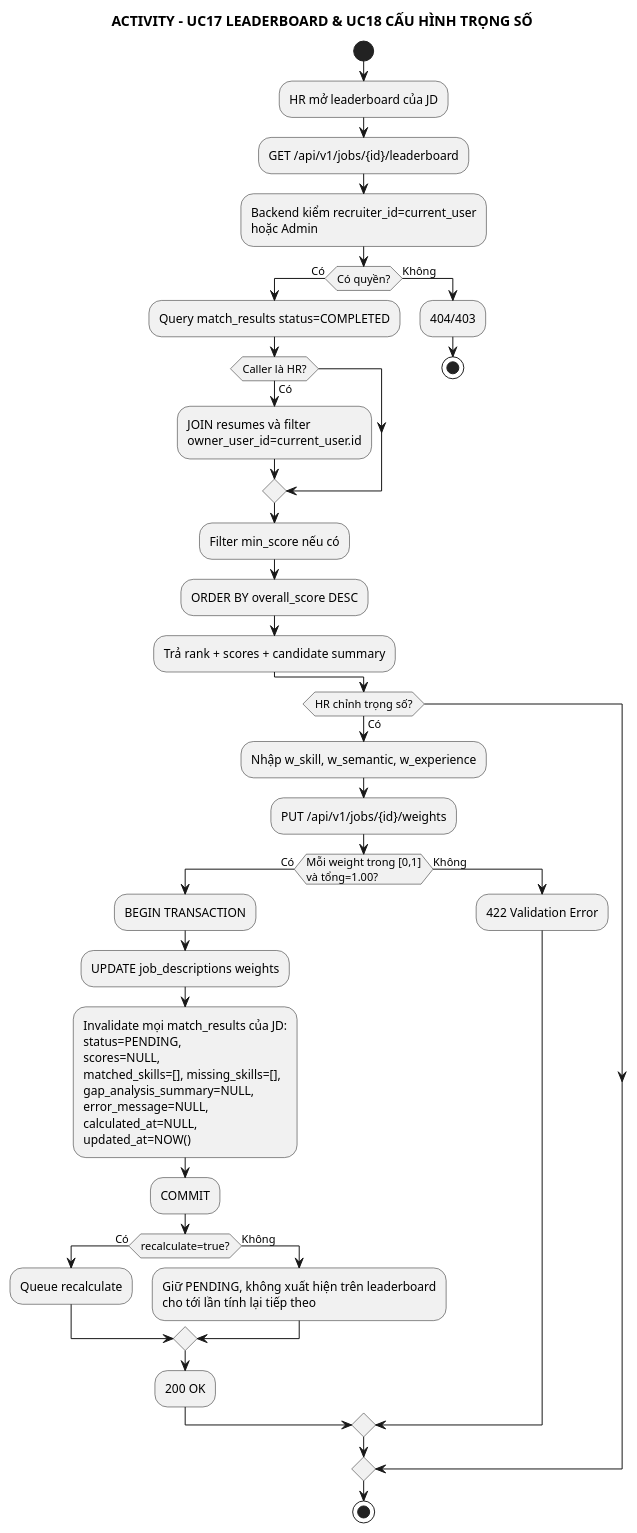
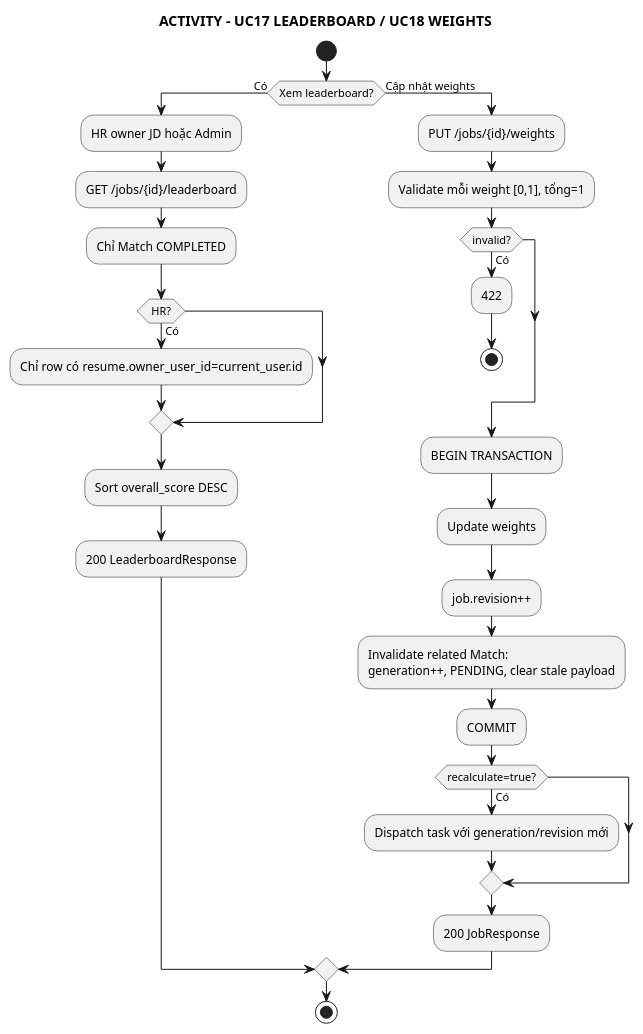
The diagram in docs/03_activity/act_uc17_18_leaderboard_weights.puml (anh632k-ui/WebCVUngVienTuyenDung), drawn with PlantUML before and after one commit.

Commit message:
docs(activity): version weight changes and leaderboard scope

```diff
--- a/docs/03_activity/act_uc17_18_leaderboard_weights.puml
+++ b/docs/03_activity/act_uc17_18_leaderboard_weights.puml
@@ -1,54 +1,35 @@
 @startuml
 skinparam monochrome true
 skinparam shadowing false
-
-title ACTIVITY - UC17 LEADERBOARD & UC18 CẤU HÌNH TRỌNG SỐ
+title ACTIVITY - UC17 LEADERBOARD / UC18 WEIGHTS
 
 start
-:HR mở leaderboard của JD;
-:GET /api/v1/jobs/{id}/leaderboard;
-:Backend kiểm recruiter_id=current_user
-hoặc Admin;
-if (Có quyền?) then (Có)
-  :Query match_results status=COMPLETED;
-  if (Caller là HR?) then (Có)
-    :JOIN resumes và filter
-    owner_user_id=current_user.id;
+if (Xem leaderboard?) then (Có)
+  :HR owner JD hoặc Admin;
+  :GET /jobs/{id}/leaderboard;
+  :Chỉ Match COMPLETED;
+  if (HR?) then (Có)
+    :Chỉ row có resume.owner_user_id=current_user.id;
   endif
-  :Filter min_score nếu có;
-  :ORDER BY overall_score DESC;
-  :Trả rank + scores + candidate summary;
-else (Không)
-  :404/403;
-  stop
-endif
-
-if (HR chỉnh trọng số?) then (Có)
-  :Nhập w_skill, w_semantic, w_experience;
-  :PUT /api/v1/jobs/{id}/weights;
-  if (Mỗi weight trong [0,1]
-và tổng=1.00?) then (Có)
-    :BEGIN TRANSACTION;
-    :UPDATE job_descriptions weights;
-    :Invalidate mọi match_results của JD:
-    status=PENDING,
-    scores=NULL,
-    matched_skills=[], missing_skills=[],
-    gap_analysis_summary=NULL,
-    error_message=NULL,
-    calculated_at=NULL,
-    updated_at=NOW();
-    :COMMIT;
-    if (recalculate=true?) then (Có)
-      :Queue recalculate;
-    else (Không)
-      :Giữ PENDING, không xuất hiện trên leaderboard
-      cho tới lần tính lại tiếp theo;
-    endif
-    :200 OK;
-  else (Không)
-    :422 Validation Error;
+  :Sort overall_score DESC;
+  :200 LeaderboardResponse;
+else (Cập nhật weights)
+  :PUT /jobs/{id}/weights;
+  :Validate mỗi weight [0,1], tổng=1;
+  if (invalid?) then (Có)
+    :422;
+    stop
   endif
+  :BEGIN TRANSACTION;
+  :Update weights;
+  :job.revision++;
+  :Invalidate related Match:
+generation++, PENDING, clear stale payload;
+  :COMMIT;
+  if (recalculate=true?) then (Có)
+    :Dispatch task với generation/revision mới;
+  endif
+  :200 JobResponse;
 endif
 stop
 @enduml
```
